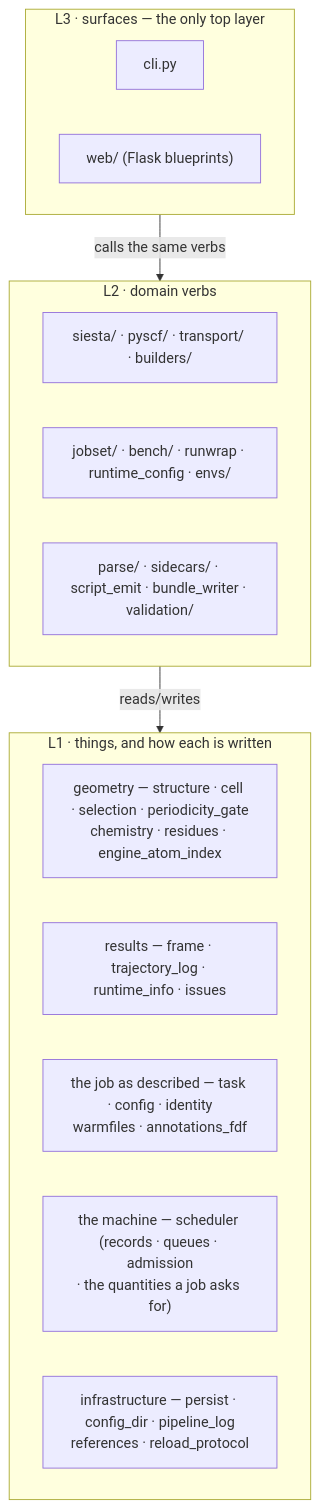
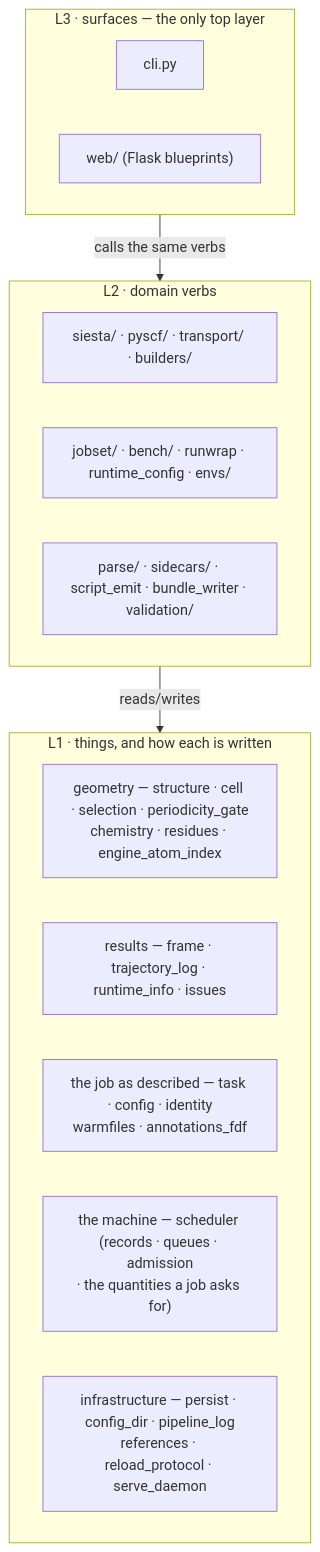
The diagram in docs/architecture.md (Qing-LAB/molbuilder), drawn with Mermaid before and after one commit. The commit also changed other lines of this file, not shown here.

Commit message:
docs(architecture): serve_daemon joins the documented L1 index
The drift guard caught what the layering-table fix missed: the
documented index and the enforced set disagreed by one module.  The
sweep the rule asks for, now complete.

````diff
--- a/docs/architecture.md
+++ b/docs/architecture.md
@@ -89,21 +89,21 @@
 ```mermaid
 flowchart TB
   subgraph L3["L3 · surfaces — the only top layer"]
     CLI["cli.py"]
     WEB["web/ (Flask blueprints)"]
   end
   subgraph L2["L2 · domain verbs"]
     ENG["siesta/ · pyscf/ · transport/ · builders/"]
     EXE["jobset/ · bench/ · runwrap · runtime_config · envs/"]
     RW["parse/ · sidecars/ · script_emit · bundle_writer · validation/"]
   end
   subgraph L1["L1 · things, and how each is written"]
     GEO["geometry — structure · cell · selection · periodicity_gate<br/>chemistry · residues · engine_atom_index"]
     RES["results — frame · trajectory_log · runtime_info · issues"]
     JOB["the job as described — task · config · identity<br/>warmfiles · annotations_fdf"]
     MACH["the machine — scheduler (records · queues · admission<br/>· the quantities a job asks for)"]
-    INF["infrastructure — persist · config_dir · pipeline_log<br/>references · reload_protocol"]
+    INF["infrastructure — persist · config_dir · pipeline_log<br/>references · reload_protocol · serve_daemon"]
   end
   L3 -->|calls the same verbs| L2
   L2 -->|reads/writes| L1
 ```
````
